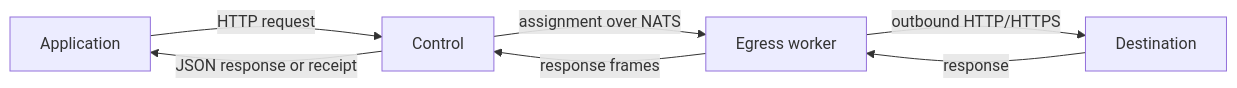
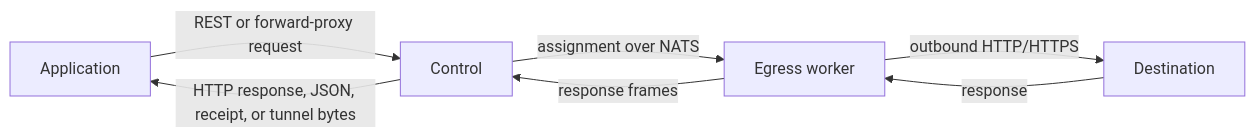
One commit to beremaran/straw-oss changed the diagram in README.md. Above: the diagram before and after it, drawn with Mermaid. The commit also changed other lines of this file and 25 other files, not shown here.

First line of the commit message:
Restore request routing contract across control plane and docs (#15)

````diff
--- a/README.md
+++ b/README.md
@@ -10,9 +10,9 @@
 ```mermaid
 flowchart LR
-  App["Application"] -->|HTTP request| Control
+  App["Application"] -->|REST or forward-proxy request| Control
   Control -->|assignment over NATS| Egress["Egress worker"]
   Egress -->|outbound HTTP/HTTPS| Dest["Destination"]
   Dest -->|response| Egress
   Egress -->|response frames| Control
-  Control -->|JSON response or receipt| App
+  Control -->|HTTP response, JSON, receipt, or tunnel bytes| App
 ```
````
